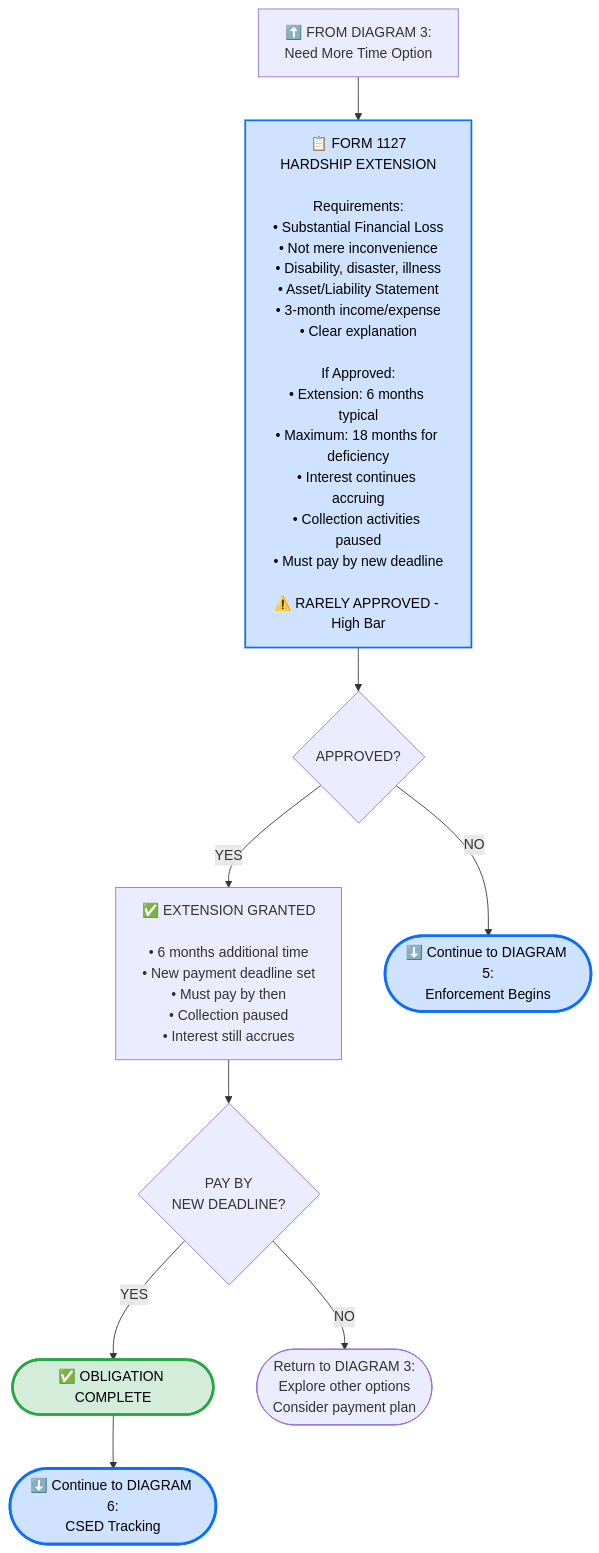
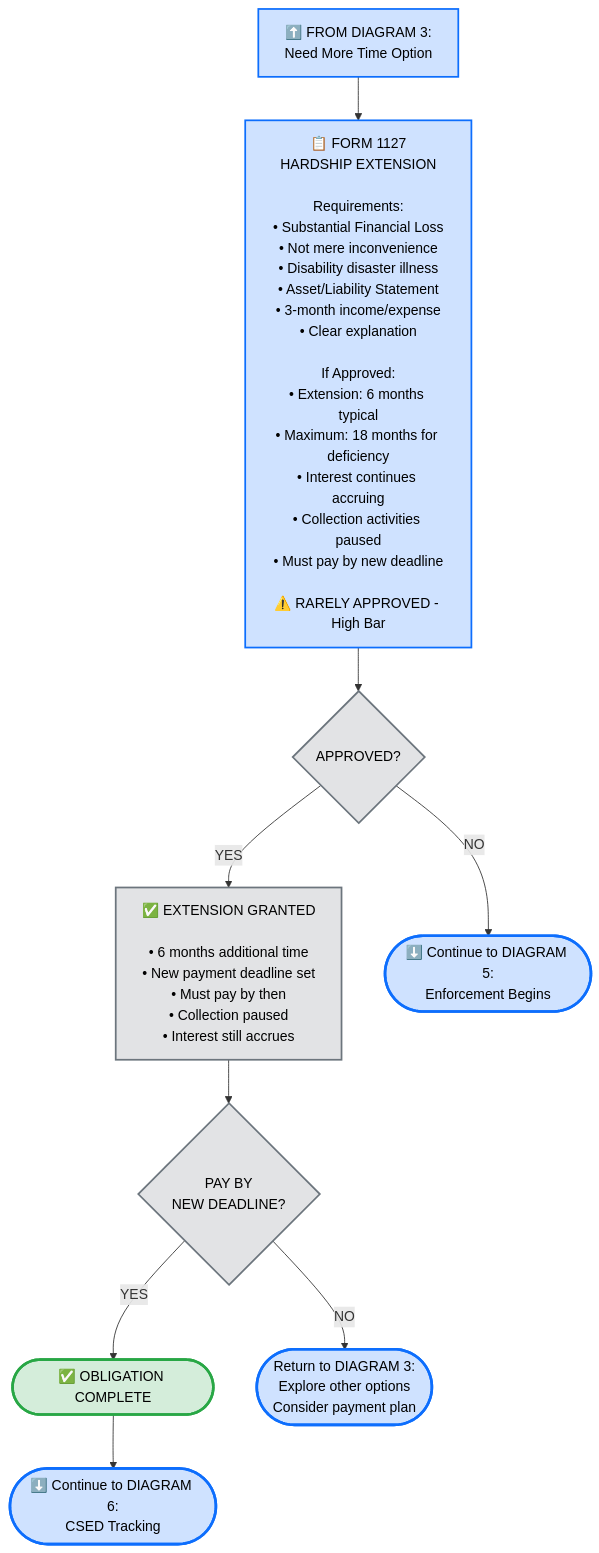
The eighth of 11 diagrams in IRS-Flow-perplexity.md (vipul79321/EA3), drawn with Mermaid before and after one commit. The commit also changed other lines of this file, not shown here.

````diff
--- a/IRS-Flow-perplexity.md
+++ b/IRS-Flow-perplexity.md
@@ -337,31 +339,32 @@
 ```mermaid
 flowchart TD
     Entry[⬆️ FROM DIAGRAM 3:<br/>Need More Time Option]
     
-    Entry --> Hardship[📋 FORM 1127<br/>HARDSHIP EXTENSION<br/><br/>Requirements:<br/>• Substantial Financial Loss<br/>• Not mere inconvenience<br/>• Disability, disaster, illness<br/>• Asset/Liability Statement<br/>• 3-month income/expense<br/>• Clear explanation<br/><br/>If Approved:<br/>• Extension: 6 months typical<br/>• Maximum: 18 months for deficiency<br/>• Interest continues accruing<br/>• Collection activities paused<br/>• Must pay by new deadline<br/><br/>⚠️ RARELY APPROVED - High Bar]
+    Entry --> Hardship[📋 FORM 1127<br/>HARDSHIP EXTENSION<br/><br/>Requirements:<br/>• Substantial Financial Loss<br/>• Not mere inconvenience<br/>• Disability disaster illness<br/>• Asset/Liability Statement<br/>• 3-month income/expense<br/>• Clear explanation<br/><br/>If Approved:<br/>• Extension: 6 months typical<br/>• Maximum: 18 months for deficiency<br/>• Interest continues accruing<br/>• Collection activities paused<br/>• Must pay by new deadline<br/><br/>⚠️ RARELY APPROVED - High Bar]
     
     Hardship --> HardshipDecision{APPROVED?}
     
     HardshipDecision -->|YES| HardshipGranted[✅ EXTENSION GRANTED<br/><br/>• 6 months additional time<br/>• New payment deadline set<br/>• Must pay by then<br/>• Collection paused<br/>• Interest still accrues]
     
     HardshipGranted --> PaymentMade{PAY BY<br/>NEW DEADLINE?}
     
     PaymentMade -->|YES| Complete([✅ OBLIGATION COMPLETE])
     PaymentMade -->|NO| RetryOptions([Return to DIAGRAM 3:<br/>Explore other options<br/>Consider payment plan])
     
     HardshipDecision -->|NO| EnforcementStart([⬇️ Continue to DIAGRAM 5:<br/>Enforcement Begins])
     
     Complete --> CSEDCheck([⬇️ Continue to DIAGRAM 6:<br/>CSED Tracking])
     
     %% Styling
     classDef successClass fill:#d4edda,stroke:#28a745,stroke-width:3px,color:#000
     classDef warningClass fill:#fff3cd,stroke:#ffc107,stroke-width:3px,color:#000
     classDef processClass fill:#cfe2ff,stroke:#0d6efd,stroke-width:2px,color:#000
     classDef infoClass fill:#d1ecf1,stroke:#17a2b8,stroke-width:3px,color:#000
     classDef nextClass fill:#cfe2ff,stroke:#0d6efd,stroke-width:3px,color:#000
+    classDef neutralClass fill:#e2e3e5,stroke:#6c757d,stroke-width:2px,color:#000
     
     class Complete successClass
-    class Hardship processClass
-    class EnforcementStart,CSEDCheck nextClass
-    class HardshipDecision,PaymentMade neutralClass
+    class Entry,Hardship processClass
+    class EnforcementStart,CSEDCheck,RetryOptions nextClass
+    class HardshipDecision,PaymentMade,HardshipGranted neutralClass
 ```
````
